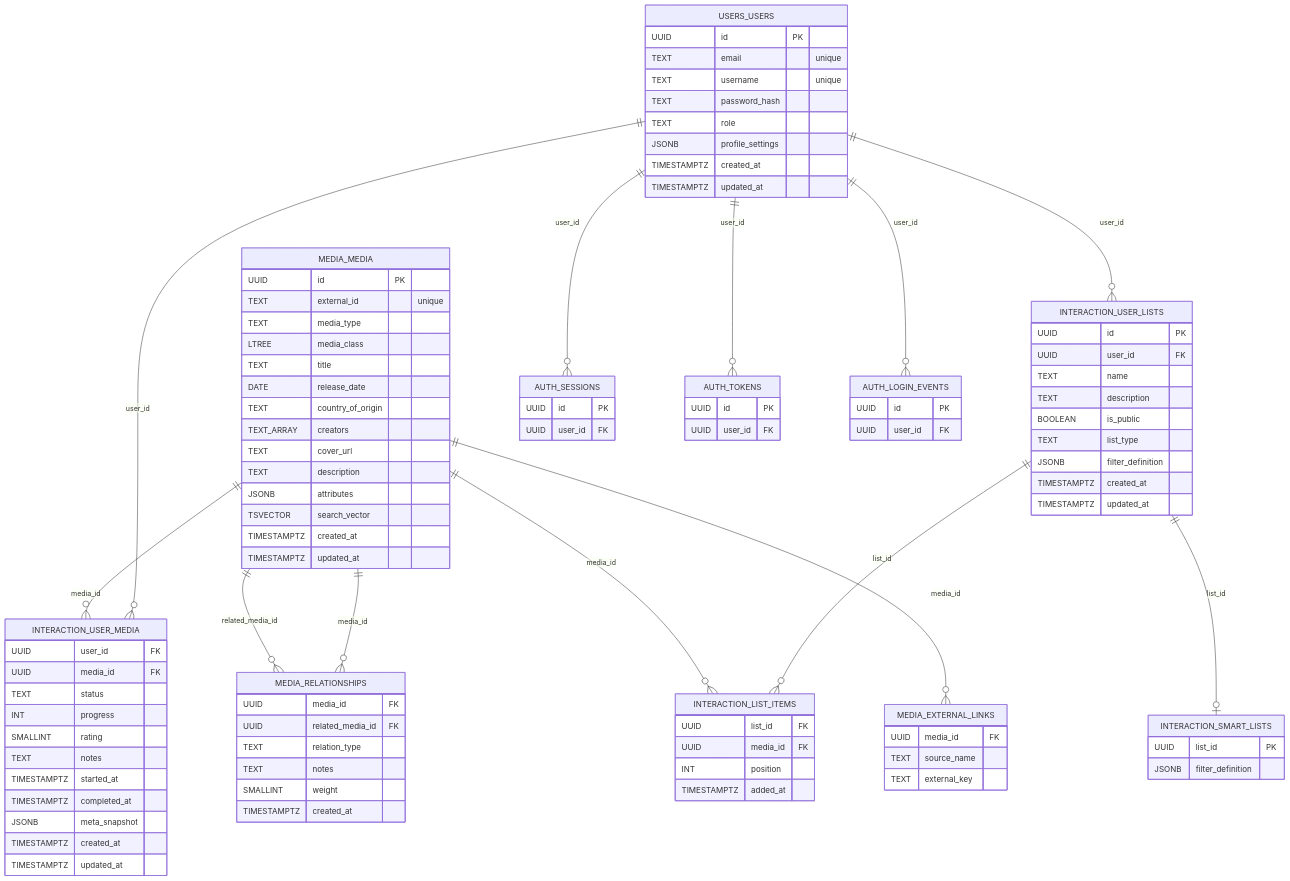
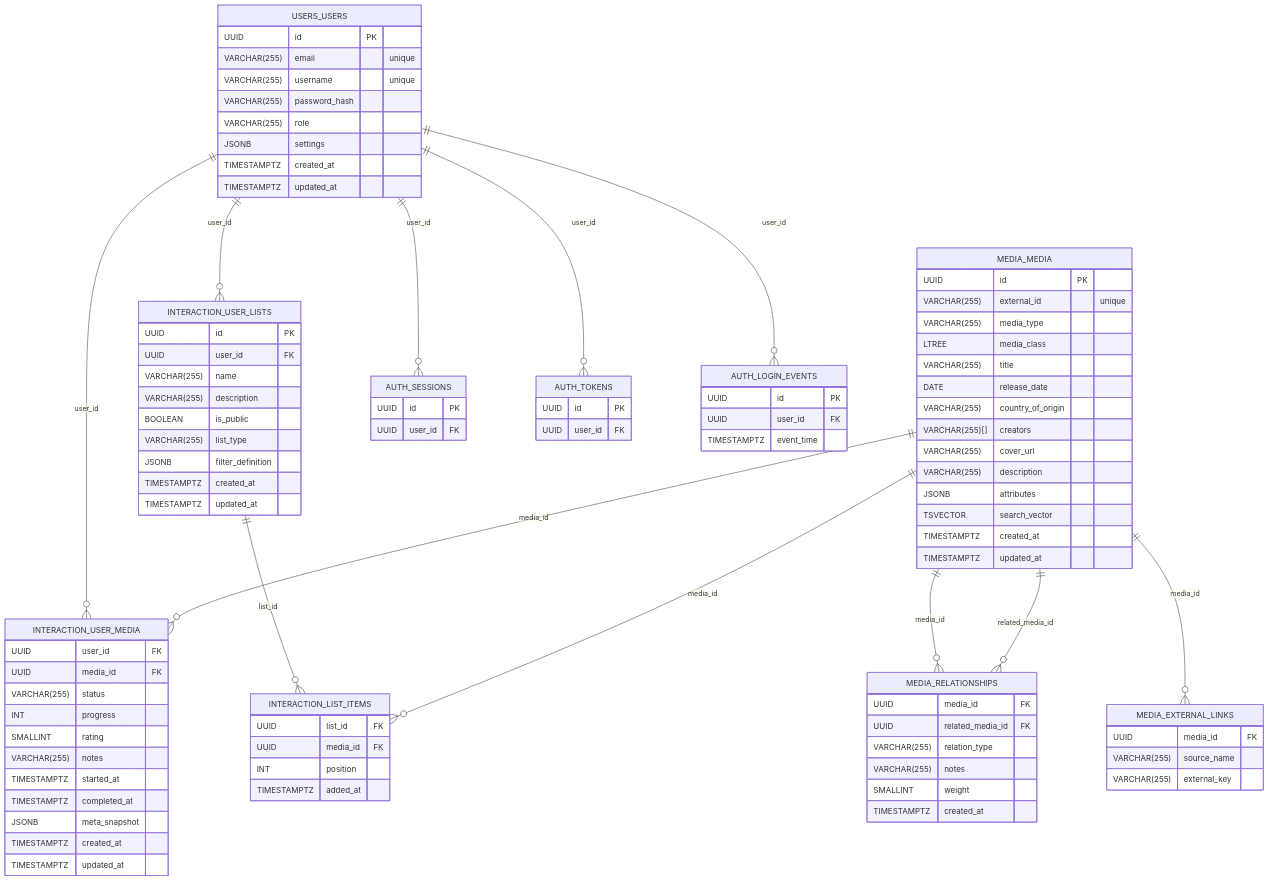
The diagram in docs/ERDiagram.md (rabiddoughnuts/OmniMedia), drawn with Mermaid before and after one commit. The commit also changed 1 other file, not shown here.

Commit message:
update ERD and DB design

```diff
--- a/docs/ERDiagram.md
+++ b/docs/ERDiagram.md
@@ -4,15 +4,15 @@
 erDiagram
   MEDIA_MEDIA {
     UUID id PK
-    TEXT external_id "unique"
-    TEXT media_type
+    VARCHAR(255) external_id "unique"
+    VARCHAR(255) media_type
     LTREE media_class
-    TEXT title
+    VARCHAR(255) title
     DATE release_date
-    TEXT country_of_origin
-    TEXT_ARRAY creators
-    TEXT cover_url
-    TEXT description
+    VARCHAR(255) country_of_origin
+    VARCHAR(255)[] creators
+    VARCHAR(255) cover_url
+    VARCHAR(255) description
     JSONB attributes
     TSVECTOR search_vector
     TIMESTAMPTZ created_at
@@ -21,11 +21,11 @@
 
   USERS_USERS {
     UUID id PK
-    TEXT email "unique"
-    TEXT username "unique"
-    TEXT password_hash
-    TEXT role
-    JSONB profile_settings
+    VARCHAR(255) email "unique"
+    VARCHAR(255) username "unique"
+    VARCHAR(255) password_hash
+    VARCHAR(255) role
+    JSONB settings
     TIMESTAMPTZ created_at
     TIMESTAMPTZ updated_at
   }
@@ -33,10 +33,10 @@
   INTERACTION_USER_MEDIA {
     UUID user_id FK
     UUID media_id FK
-    TEXT status
+    VARCHAR(255) status
     INT progress
     SMALLINT rating
-    TEXT notes
+    VARCHAR(255) notes
     TIMESTAMPTZ started_at
     TIMESTAMPTZ completed_at
     JSONB meta_snapshot
@@ -47,10 +47,10 @@
   INTERACTION_USER_LISTS {
     UUID id PK
     UUID user_id FK
-    TEXT name
-    TEXT description
+    VARCHAR(255) name
+    VARCHAR(255) description
     BOOLEAN is_public
-    TEXT list_type
+    VARCHAR(255) list_type
     JSONB filter_definition
     TIMESTAMPTZ created_at
     TIMESTAMPTZ updated_at
@@ -63,24 +63,20 @@
     TIMESTAMPTZ added_at
   }
 
-  INTERACTION_SMART_LISTS {
-    UUID list_id PK
-    JSONB filter_definition
-  }
 
   MEDIA_RELATIONSHIPS {
     UUID media_id FK
     UUID related_media_id FK
-    TEXT relation_type
-    TEXT notes
+    VARCHAR(255) relation_type
+    VARCHAR(255) notes
     SMALLINT weight
     TIMESTAMPTZ created_at
   }
 
   MEDIA_EXTERNAL_LINKS {
     UUID media_id FK
-    TEXT source_name
-    TEXT external_key
+    VARCHAR(255) source_name
+    VARCHAR(255) external_key
   }
 
   AUTH_SESSIONS {
@@ -96,6 +92,7 @@
   AUTH_LOGIN_EVENTS {
     UUID id PK
     UUID user_id FK
+    TIMESTAMPTZ event_time
   }
 
   USERS_USERS ||--o{ INTERACTION_USER_MEDIA : user_id
@@ -104,8 +101,6 @@
   USERS_USERS ||--o{ INTERACTION_USER_LISTS : user_id
   INTERACTION_USER_LISTS ||--o{ INTERACTION_LIST_ITEMS : list_id
   MEDIA_MEDIA ||--o{ INTERACTION_LIST_ITEMS : media_id
-
-  INTERACTION_USER_LISTS ||--o| INTERACTION_SMART_LISTS : list_id
 
   MEDIA_MEDIA ||--o{ MEDIA_RELATIONSHIPS : media_id
   MEDIA_MEDIA ||--o{ MEDIA_RELATIONSHIPS : related_media_id
```
